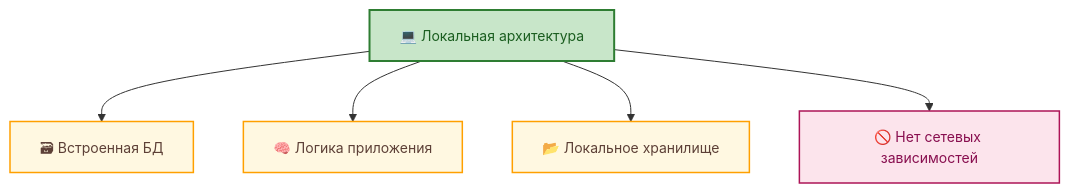
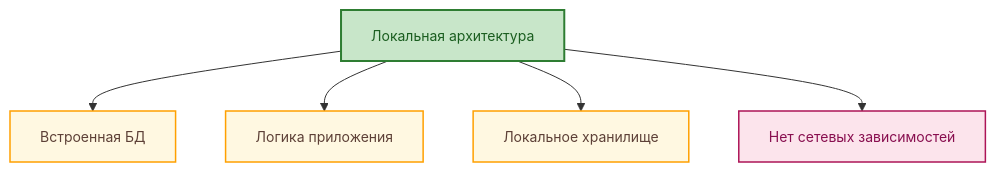
One commit to Spirzen/it-knowledge-base changed the first of 8 diagrams in docs/encyclopedia/7. Проект/7.06. Проектирование и архитектура/101.md. Above: the diagram before and after it, drawn with Mermaid. The commit also changed other lines of this file and 42 other files, not shown here.

````diff
--- a/docs/encyclopedia/7. Проект/7.06. Проектирование и архитектура/101.md
+++ b/docs/encyclopedia/7. Проект/7.06. Проектирование и архитектура/101.md
@@ -24,30 +24,30 @@
 ```mermaid
 %%{init: {
   "theme": "default",
   "themeVariables": {
     "fontSize": "14px",
     "fontFamily": "Segoe UI, Tahoma, sans-serif"
   }
 }}%%
 
 flowchart TD
     classDef local fill:#e8f5e9,stroke:#2e7d32,stroke-width:2px,color:#1b5e20;
     classDef internal fill:#fff8e1,stroke:#ffa000,stroke-width:1.5px,color:#5d4037;
     classDef boundary fill:#fce4ec,stroke:#ad1457,stroke-width:1.5px,color:#880e4f;
 
-    L["💻 Локальная архитектура"]:::local
+    L["Локальная архитектура"]:::local
 
-    DB["🗃 Встроенная БД"]:::internal
-    LOGIC["🧠 Логика приложения"]:::internal
-    STORAGE["📂 Локальное хранилище"]:::internal
+    DB["Встроенная БД"]:::internal
+    LOGIC["Логика приложения"]:::internal
+    STORAGE["Локальное хранилище"]:::internal
 
-    BOUNDARY["🚫 Нет сетевых зависимостей"]:::boundary
+    BOUNDARY["Нет сетевых зависимостей"]:::boundary
 
     L --> DB
     L --> LOGIC
     L --> STORAGE
     L --> BOUNDARY
 
     style L fill:#c8e6c9,stroke:#2e7d32
 
 ```
````
